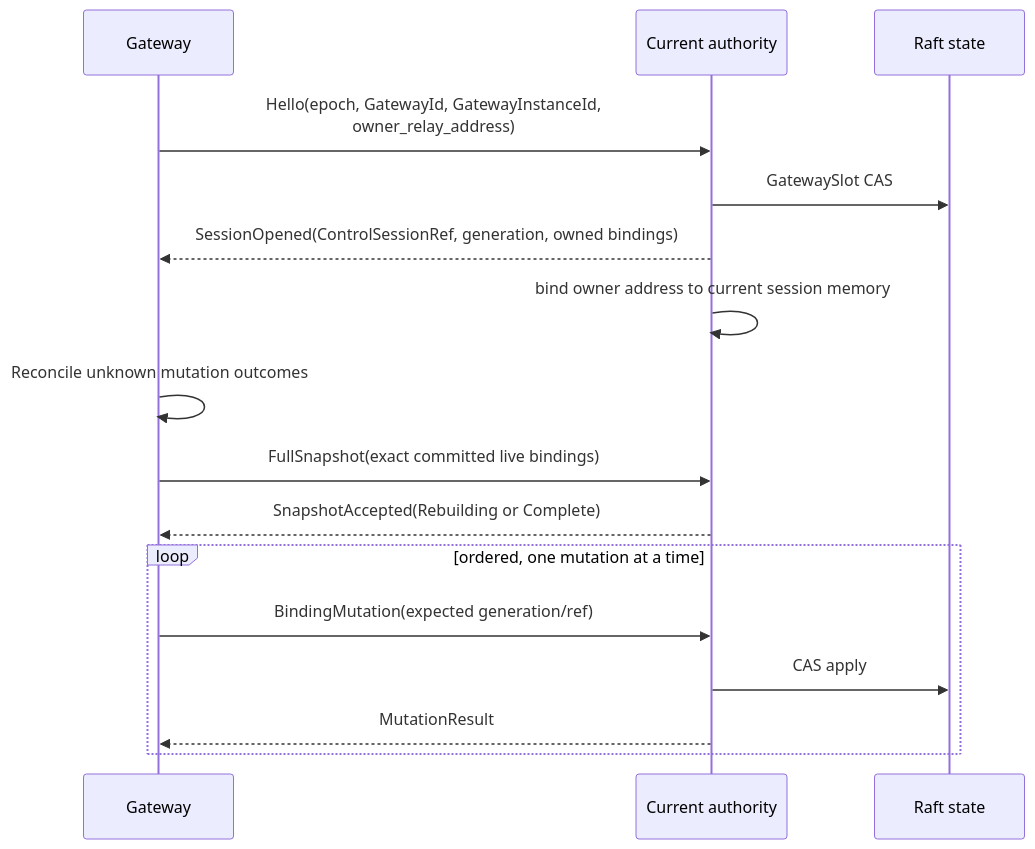
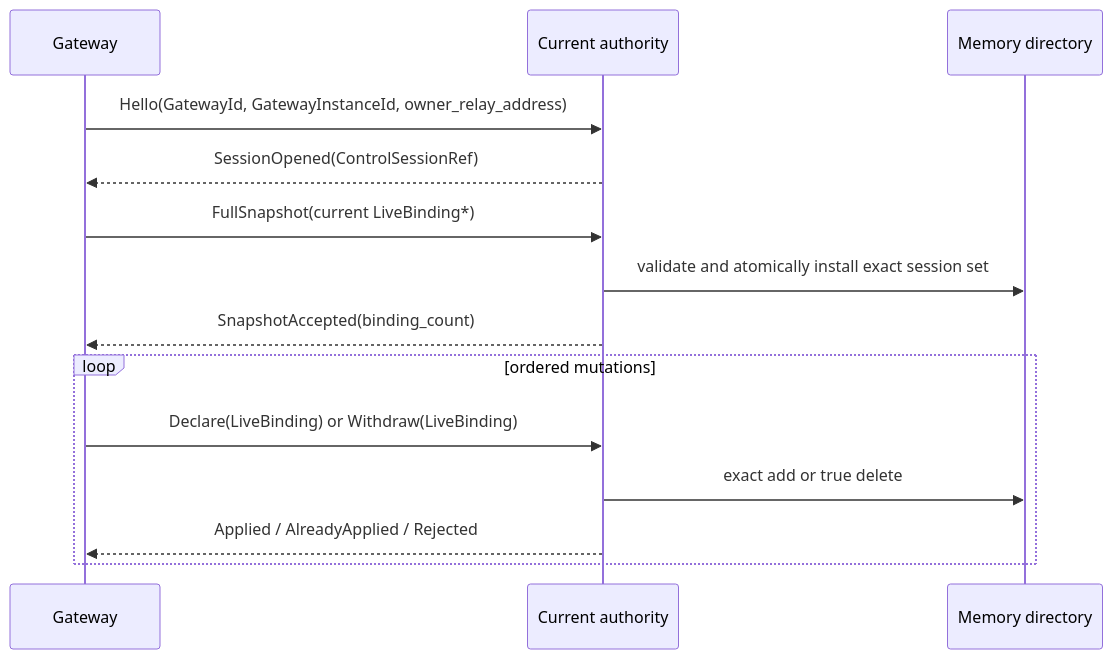
The second of 5 diagrams in docs/spec/001-system-model.md (cagojeiger/relaygate), drawn with Mermaid before and after one commit. The commit also changed other lines of this file and 120 other files, not shown here.

````diff
--- a/docs/spec/001-system-model.md
+++ b/docs/spec/001-system-model.md
@@ -104,19 +97,17 @@
 ```mermaid
 sequenceDiagram
     participant G as Gateway
     participant A as Current authority
-    participant R as Raft state
+    participant D as Memory directory
 
-    G->>A: Hello(epoch, GatewayId, GatewayInstanceId,<br/>owner_relay_address)
-    A->>R: GatewaySlot CAS
-    A-->>G: SessionOpened(ControlSessionRef, generation, owned bindings)
-    A->>A: bind owner address to current session memory
-    G->>G: Reconcile unknown mutation outcomes
-    G->>A: FullSnapshot(exact committed live bindings)
-    A-->>G: SnapshotAccepted(Rebuilding or Complete)
-    loop ordered, one mutation at a time
-        G->>A: BindingMutation(expected generation/ref)
-        A->>R: CAS apply
-        A-->>G: MutationResult
+    G->>A: Hello(GatewayId, GatewayInstanceId, owner_relay_address)
+    A-->>G: SessionOpened(ControlSessionRef)
+    G->>A: FullSnapshot(current LiveBinding*)
+    A->>D: validate and atomically install exact session set
+    A-->>G: SnapshotAccepted(binding_count)
+    loop ordered mutations
+        G->>A: Declare(LiveBinding) or Withdraw(LiveBinding)
+        A->>D: exact add or true delete
+        A-->>G: Applied / AlreadyApplied / Rejected
     end
 ```
````
